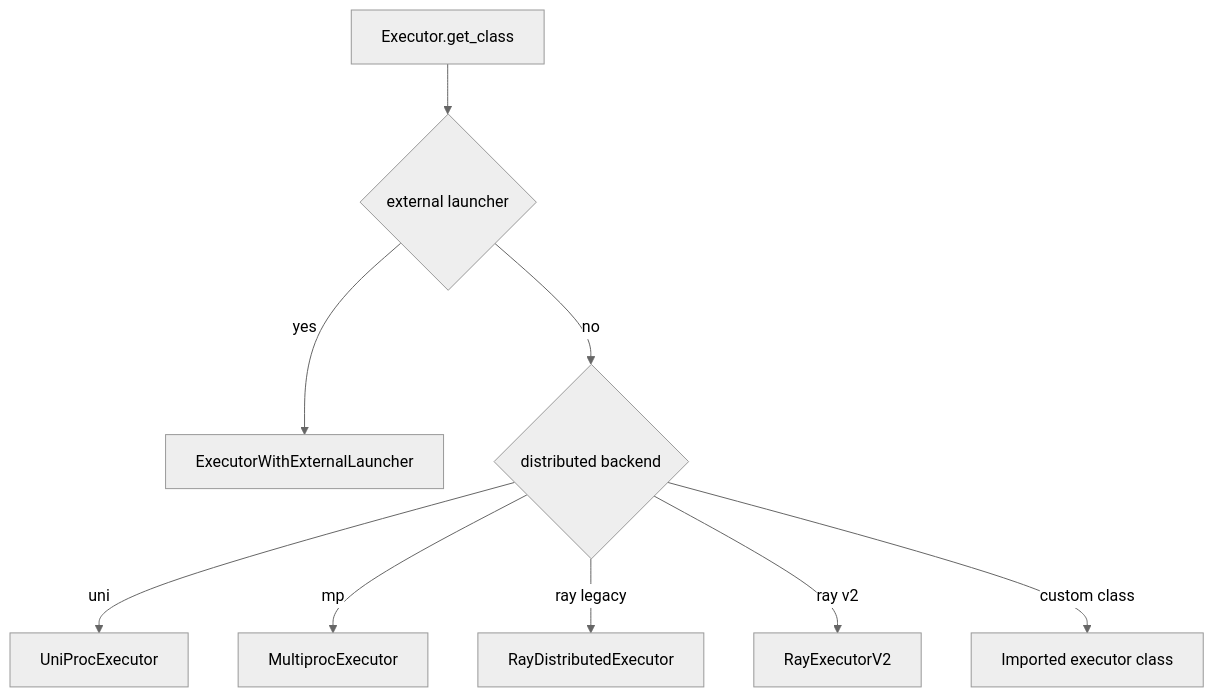
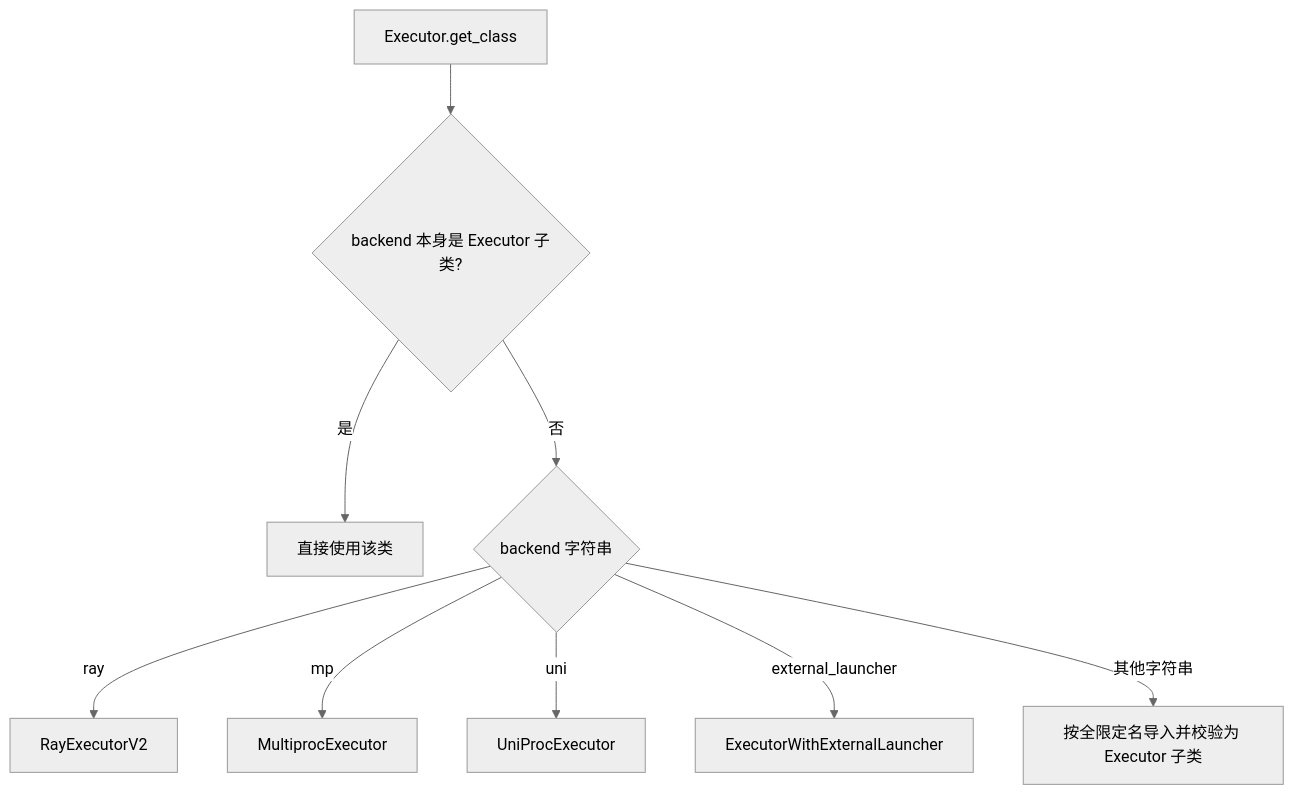
Diagram 22 of 31 in book/09-distributed/README.md (cluster1900/vllm_reader), drawn with Mermaid (neutral theme) before and after one commit. The commit also changed other lines of this file and 1 other file, not shown here.

Commit message:
docs(ch09): align distributed chapter with vLLM v0.33.0 (Ray V2 only, PCP/DCP, DP wave/sync) (B3, bot-hub #127)

````diff
--- a/book/09-distributed/README.md
+++ b/book/09-distributed/README.md
@@ -1056,11 +1319,11 @@
 ```mermaid
 flowchart TD
-    A[Executor.get_class] --> B{external launcher}
-    B -- yes --> E[ExecutorWithExternalLauncher]
-    B -- no --> C{distributed backend}
+    A[Executor.get_class] --> T{backend 本身是 Executor 子类?}
+    T -- 是 --> X1[直接使用该类]
+    T -- 否 --> C{backend 字符串}
+    C -- ray --> R2[RayExecutorV2]
+    C -- mp --> M[MultiprocExecutor]
     C -- uni --> U[UniProcExecutor]
-    C -- mp --> M[MultiprocExecutor]
-    C -- ray legacy --> R[RayDistributedExecutor]
-    C -- ray v2 --> R2[RayExecutorV2]
-    C -- custom class --> X[Imported executor class]
+    C -- external_launcher --> E[ExecutorWithExternalLauncher]
+    C -- 其他字符串 --> X2[按全限定名导入并校验为 Executor 子类]
 ```
````
